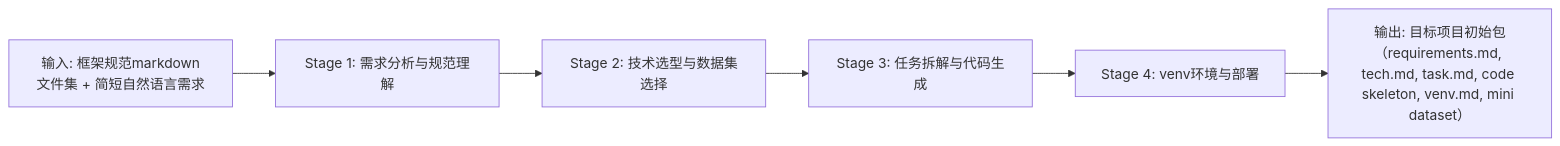
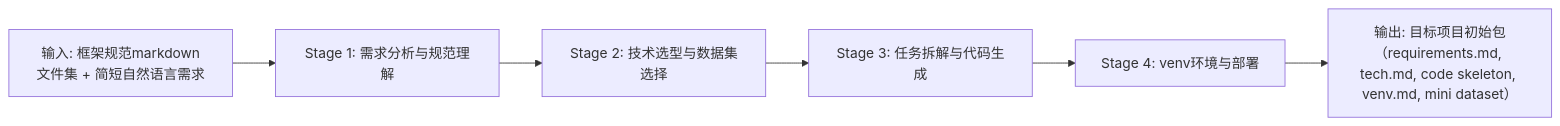
The first of 17 diagrams in README.md (ouyangshixiong/context-engineering-zh), drawn with Mermaid before and after one commit. The commit also changed other lines of this file, not shown here.

````diff
--- a/README.md
+++ b/README.md
@@ -109,11 +114,11 @@
 ```mermaid
 flowchart LR
     S1[Stage 1: 需求分析与规范理解]
     S2[Stage 2: 技术选型与数据集选择]
     S3[Stage 3: 任务拆解与代码生成]
     S4[Stage 4: venv环境与部署]
     IN[输入: 框架规范markdown文件集 + 简短自然语言需求]
-    OUT[输出: 目标项目初始包（requirements.md, tech.md, task.md, code skeleton, venv.md, mini dataset）]
+    OUT[输出: 目标项目初始包（requirements.md, tech.md, code skeleton, venv.md, mini dataset）]
 
     IN --> S1 --> S2 --> S3 --> S4 --> OUT
 ```
````
